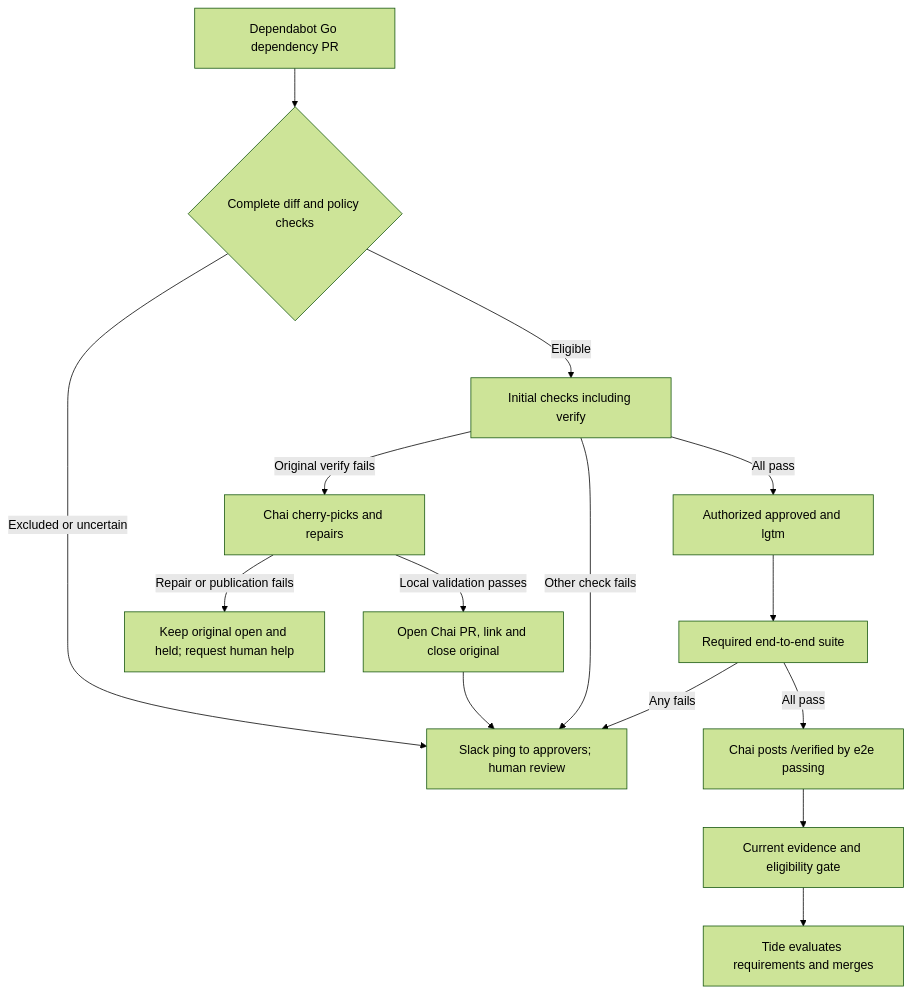
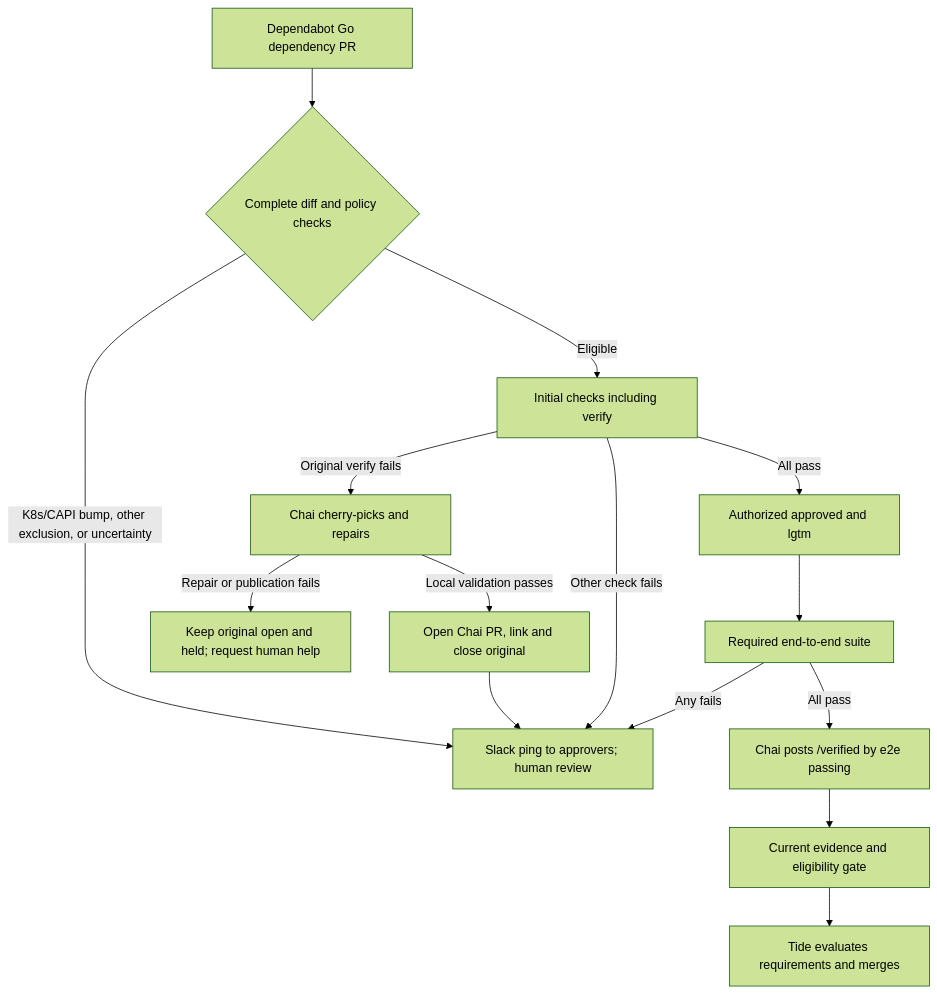
The diagram in enhancements/hypershift/automated-dependabot-pr-management.md (openshift/enhancements), drawn with Mermaid (forest theme) before and after one commit. The commit also changed other lines of this file, not shown here.

First line of the commit message:
docs(hypershift): settle bump exclusions and simplify validation

````diff
--- a/enhancements/hypershift/automated-dependabot-pr-management.md
+++ b/enhancements/hypershift/automated-dependabot-pr-management.md
@@ -101,17 +101,17 @@
 ```mermaid
 flowchart TD
     PR[Dependabot Go dependency PR] --> C{Complete diff and policy checks}
-    C -->|Excluded or uncertain| H[Slack ping to approvers; human review]
+    C -->|K8s/CAPI bump, other exclusion, or uncertainty| H[Slack ping to approvers; human review]
     C -->|Eligible| I[Initial checks including verify]
     I -->|All pass| A[Authorized approved and lgtm]
     I -->|Original verify fails| R[Chai cherry-picks and repairs]
     R -->|Local validation passes| P["Open Chai PR, link and close original"]
     P --> H
     R -->|Repair or publication fails| F["Keep original open and held; request human help"]
     I -->|Other check fails| H
     A --> E[Required end-to-end suite]
     E -->|All pass| V["Chai posts /verified by e2e passing"]
     E -->|Any fails| H
     V --> G[Current evidence and eligibility gate]
     G --> T[Tide evaluates requirements and merges]
 ```
````
